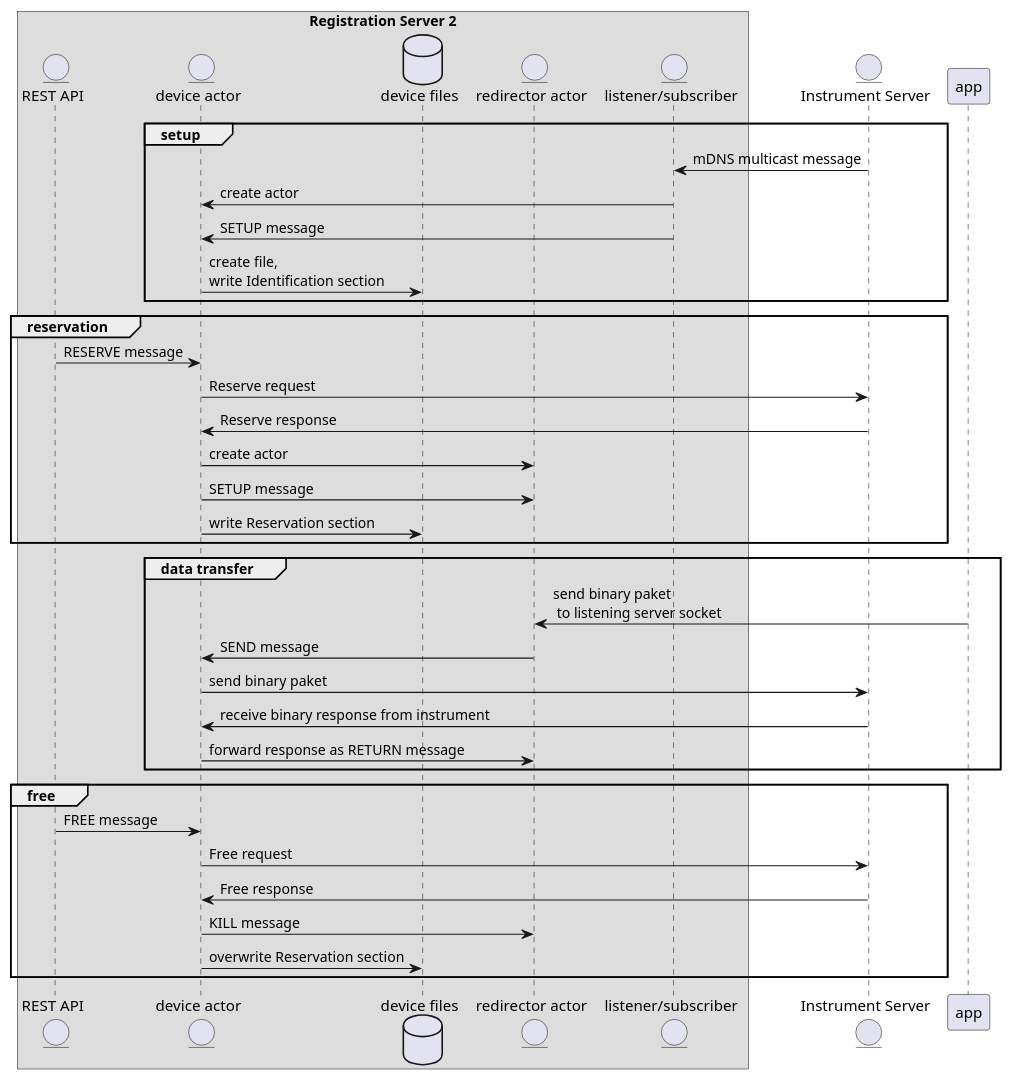
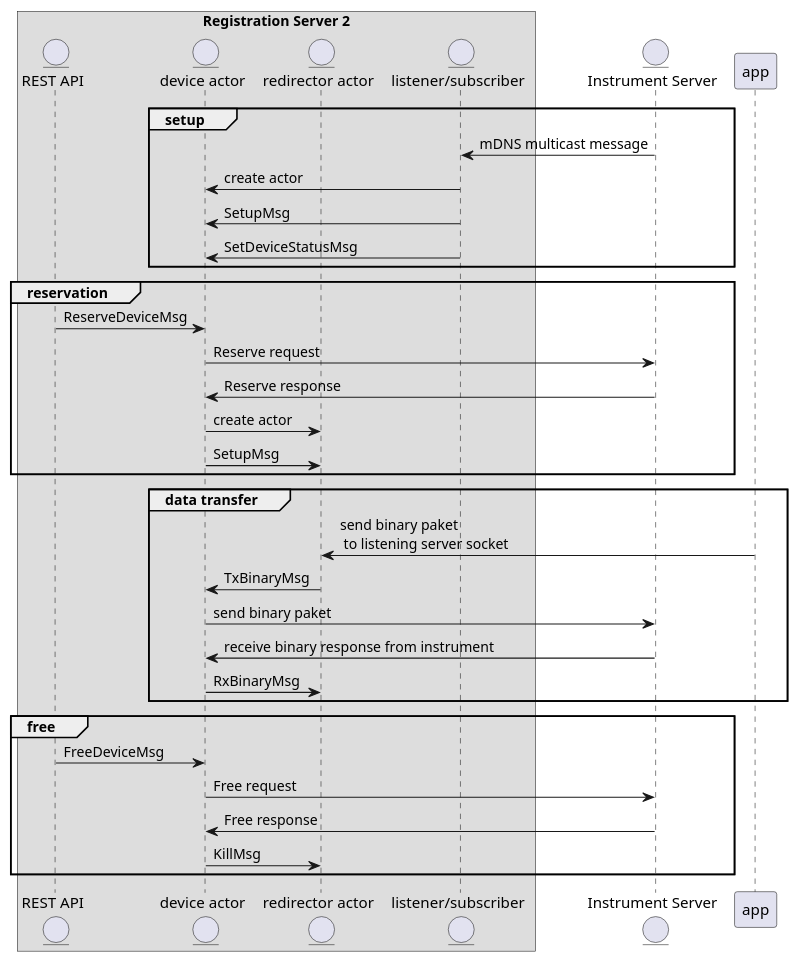
Before and after one commit to SARAD-GmbH/RegServer: the diagram in doc/source/uml-device_actor.puml, drawn with PlantUML. The commit also changed 17 other files, not shown here.

```diff
--- a/doc/source/uml-device_actor.puml
+++ b/doc/source/uml-device_actor.puml
@@ -1,39 +1,36 @@
 @startuml
 box "Registration Server 2"
 	      entity "REST API" as api
 	      entity "device actor" as deviceactor
-        database "device files" as files
         entity "redirector actor" as redirector
         entity "listener/subscriber" as listener
 end box
 entity "Instrument Server" as is
 
 group setup
         is -> listener: mDNS multicast message
         listener -> deviceactor: create actor
-        listener -> deviceactor: SETUP message
-        deviceactor -> files: create file,\nwrite Identification section
+        listener -> deviceactor: SetupMsg
+        listener -> deviceactor: SetDeviceStatusMsg
 end
 group reservation
-	      api -> deviceactor: RESERVE message
+	      api -> deviceactor: ReserveDeviceMsg
         deviceactor -> is: Reserve request
         is -> deviceactor: Reserve response
         deviceactor -> redirector: create actor
-        deviceactor -> redirector: SETUP message
-        deviceactor -> files: write Reservation section
+        deviceactor -> redirector: SetupMsg
 end
 group data transfer
 	      app -> redirector: send binary paket\n to listening server socket
-        redirector -> deviceactor: SEND message
+        redirector -> deviceactor: TxBinaryMsg
         deviceactor -> is: send binary paket
         is -> deviceactor: receive binary response from instrument
-        deviceactor -> redirector: forward response as RETURN message
+        deviceactor -> redirector: RxBinaryMsg
 end
 group free
-	      api -> deviceactor: FREE message
+	      api -> deviceactor: FreeDeviceMsg
         deviceactor -> is: Free request
         is -> deviceactor: Free response
-        deviceactor -> redirector: KILL message
-        deviceactor -> files: overwrite Reservation section
+        deviceactor -> redirector: KillMsg
 end
 @enduml
```
